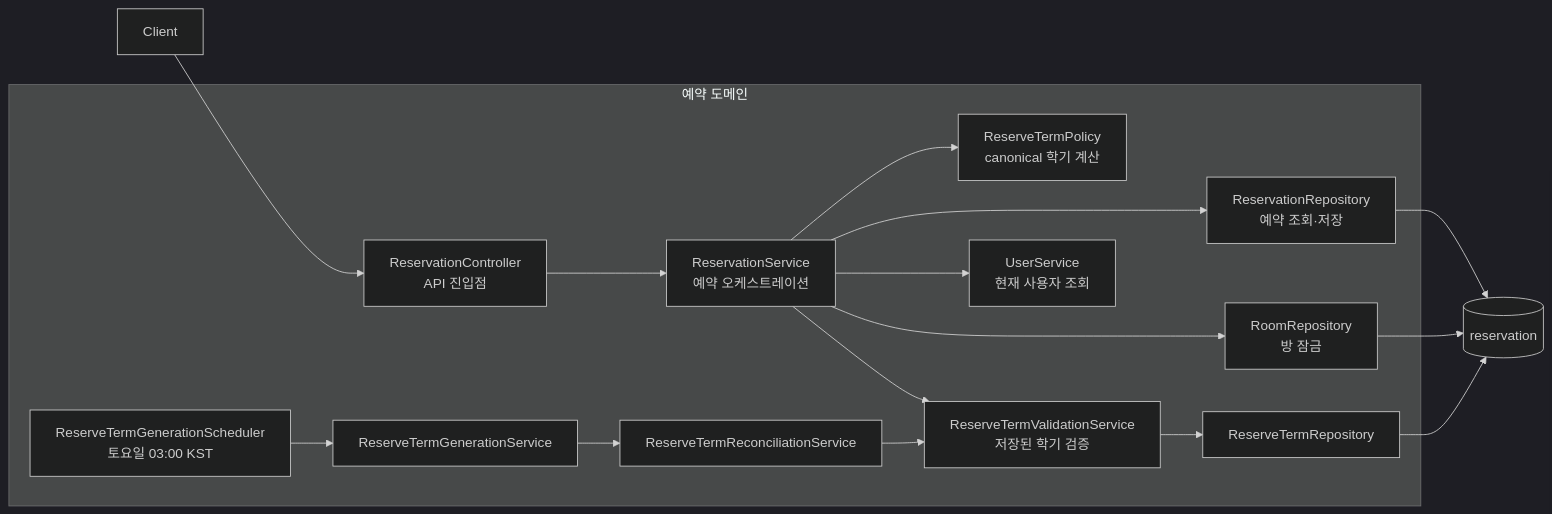
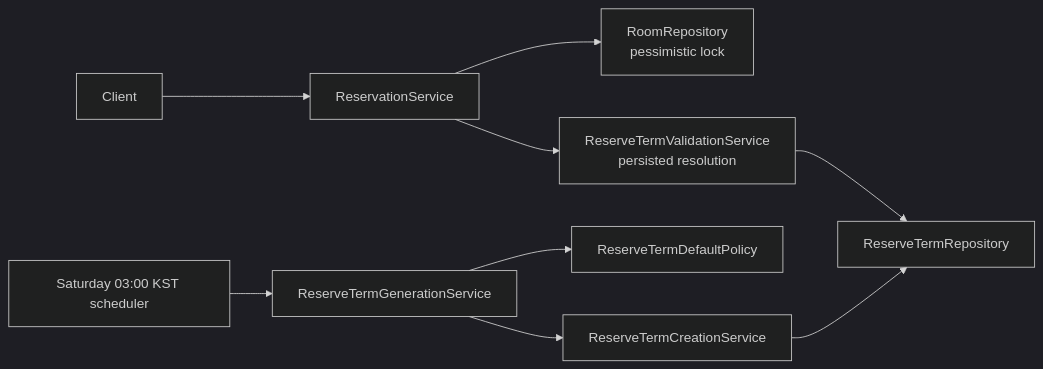
The diagram in docs/reservation-logic-overview.md (wafflestudio/csereal-server), drawn with Mermaid (dark theme) before and after one commit. The commit also changed other lines of this file and 2 other files, not shown here.

First line of the commit message:
docs(reservation): document persisted term lifecycle

````diff
--- a/docs/reservation-logic-overview.md
+++ b/docs/reservation-logic-overview.md
@@ -13,22 +7,11 @@
 ```mermaid
 flowchart LR
-    Client["Client"] --> Controller["ReservationController<br/>API 진입점"]
-
-    subgraph ReservationDomain["예약 도메인"]
-        Controller --> Service["ReservationService<br/>예약 오케스트레이션"]
-        Service --> Policy["ReserveTermPolicy<br/>canonical 학기 계산"]
-        Service --> Validation["ReserveTermValidationService<br/>저장된 학기 검증"]
-        Service --> ReservationRepo["ReservationRepository<br/>예약 조회·저장"]
-        Service --> RoomRepo["RoomRepository<br/>방 잠금"]
-        Service --> UserService["UserService<br/>현재 사용자 조회"]
-
-        Scheduler["ReserveTermGenerationScheduler<br/>토요일 03:00 KST"] --> Generation["ReserveTermGenerationService"]
-        Generation --> Reconciliation["ReserveTermReconciliationService"]
-        Reconciliation --> Validation
-        Validation --> TermRepo["ReserveTermRepository"]
-    end
-
-    ReservationRepo --> DB[("reservation")]
-    RoomRepo --> DB
-    TermRepo --> DB
+    Client --> ReservationService
+    ReservationService --> RoomRepository["RoomRepository<br/>pessimistic lock"]
+    ReservationService --> Validation["ReserveTermValidationService<br/>persisted resolution"]
+    Validation --> TermRepository["ReserveTermRepository"]
+    Scheduler["Saturday 03:00 KST scheduler"] --> Generation["ReserveTermGenerationService"]
+    Generation --> DefaultPolicy["ReserveTermDefaultPolicy"]
+    Generation --> Creation["ReserveTermCreationService"]
+    Creation --> TermRepository
 ```
````
